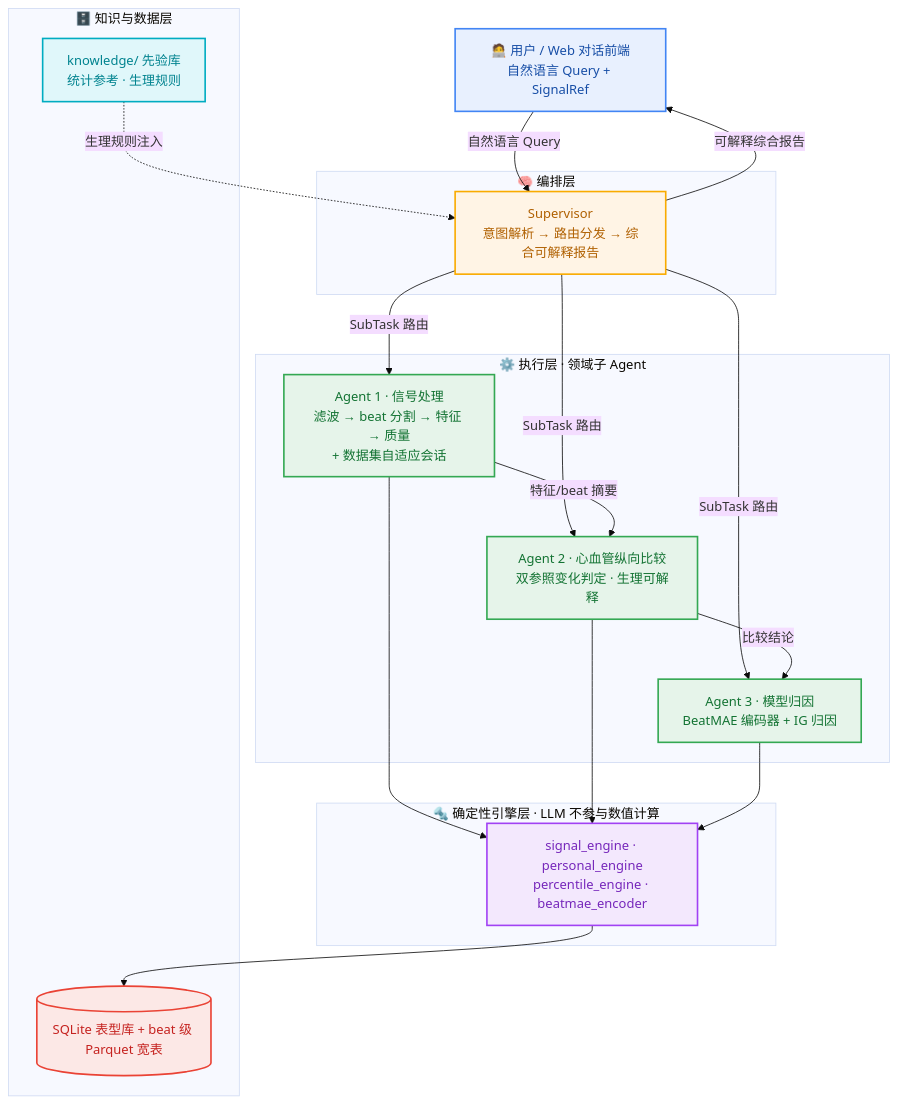
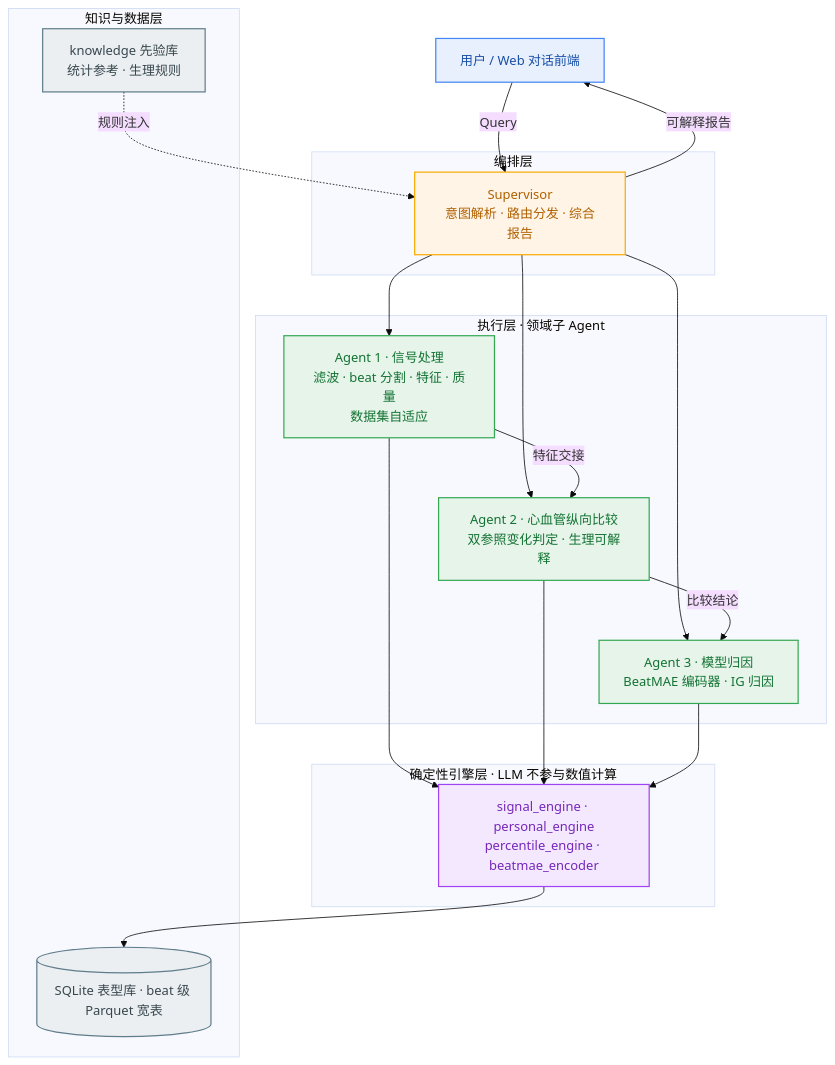
The diagram in README.md (TangShuaiL/PPG-Agent), drawn with Mermaid (base theme) before and after one commit. The commit also changed other lines of this file and 134 other files, not shown here.

Commit message:
chore: 纳入外部依赖 BeatMAE 源码快照

````diff
--- a/README.md
+++ b/README.md
@@ -23,43 +23,42 @@
 ```mermaid
 flowchart TB
-    classDef ui    fill:#E8F0FE,stroke:#4285F4,stroke-width:2px,color:#174EA6;
-    classDef sup   fill:#FFF4E5,stroke:#F9AB00,stroke-width:2px,color:#B06000;
-    classDef agent fill:#E6F4EA,stroke:#34A853,stroke-width:2px,color:#137333;
-    classDef engine fill:#F3E8FD,stroke:#A142F4,stroke-width:2px,color:#7627BB;
-    classDef data  fill:#FCE8E6,stroke:#EA4335,stroke-width:2px,color:#C5221F;
-    classDef know  fill:#E0F7FA,stroke:#00ACC1,stroke-width:2px,color:#00838F;
+    classDef io     fill:#E8F0FE,stroke:#4285F4,stroke-width:1.5px,color:#174EA6;
+    classDef sup    fill:#FFF4E5,stroke:#F9AB00,stroke-width:1.5px,color:#B06000;
+    classDef agent  fill:#E6F4EA,stroke:#34A853,stroke-width:1.5px,color:#137333;
+    classDef engine fill:#F3E8FD,stroke:#A142F4,stroke-width:1.5px,color:#7627BB;
+    classDef store  fill:#ECEFF1,stroke:#607D8B,stroke-width:1.5px,color:#37474F;
 
-    USER["🧑‍💻 用户 / Web 对话前端<br/>自然语言 Query + SignalRef"]:::ui
+    USER["用户 / Web 对话前端"]:::io
 
-    subgraph L1["🧠 编排层"]
-        SUP["Supervisor<br/>意图解析 → 路由分发 → 综合可解释报告"]:::sup
+    subgraph L1["编排层"]
+        SUP["Supervisor<br/>意图解析 · 路由分发 · 综合报告"]:::sup
     end
 
-    subgraph L2["⚙️ 执行层 · 领域子 Agent"]
-        A1["Agent 1 · 信号处理<br/>滤波 → beat 分割 → 特征 → 质量<br/>+ 数据集自适应会话"]:::agent
+    subgraph L2["执行层 · 领域子 Agent"]
+        A1["Agent 1 · 信号处理<br/>滤波 · beat 分割 · 特征 · 质量<br/>数据集自适应"]:::agent
         A2["Agent 2 · 心血管纵向比较<br/>双参照变化判定 · 生理可解释"]:::agent
-        A3["Agent 3 · 模型归因<br/>BeatMAE 编码器 + IG 归因"]:::agent
+        A3["Agent 3 · 模型归因<br/>BeatMAE 编码器 · IG 归因"]:::agent
     end
 
-    subgraph L3["🔩 确定性引擎层 · LLM 不参与数值计算"]
+    subgraph L3["确定性引擎层 · LLM 不参与数值计算"]
         ENG["signal_engine · personal_engine<br/>percentile_engine · beatmae_encoder"]:::engine
     end
 
-    subgraph L4["🗄️ 知识与数据层"]
-        KNOW["knowledge/ 先验库<br/>统计参考 · 生理规则"]:::know
-        DB[("SQLite 表型库 + beat 级 Parquet 宽表")]:::data
+    subgraph L4["知识与数据层"]
+        KNOW["knowledge 先验库<br/>统计参考 · 生理规则"]:::store
+        DB[("SQLite 表型库 · beat 级 Parquet 宽表")]:::store
     end
 
-    USER -->|自然语言 Query| SUP
-    SUP -->|SubTask 路由| A1
-    SUP -->|SubTask 路由| A2
-    SUP -->|SubTask 路由| A3
-    A1 -->|特征/beat 摘要| A2
+    USER -->|Query| SUP
+    SUP --> A1
+    SUP --> A2
+    SUP --> A3
+    A1 -->|特征交接| A2
     A2 -->|比较结论| A3
     A1 --> ENG
     A2 --> ENG
     A3 --> ENG
     ENG --> DB
-    KNOW -.生理规则注入.-> SUP
-    SUP -->|可解释综合报告| USER
+    KNOW -.规则注入.-> SUP
+    SUP -->|可解释报告| USER
 ```
````
